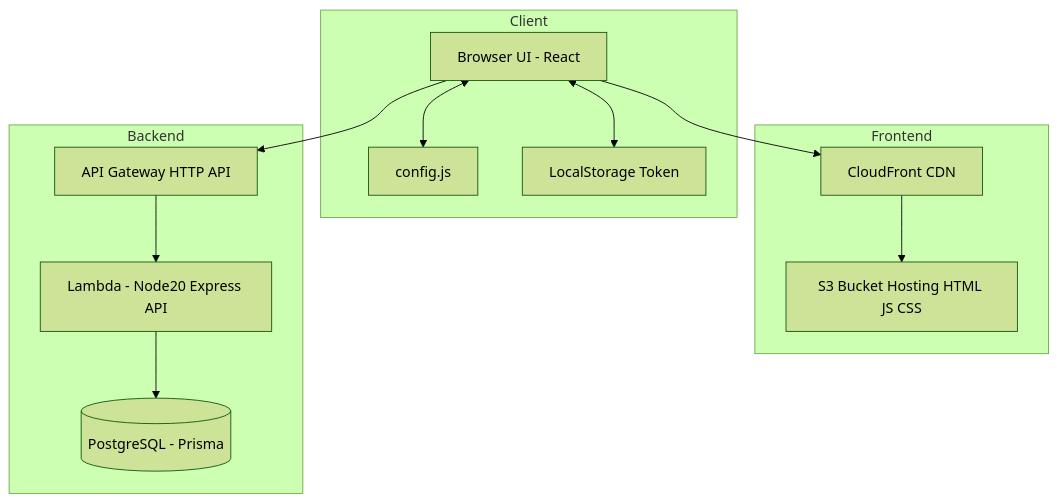
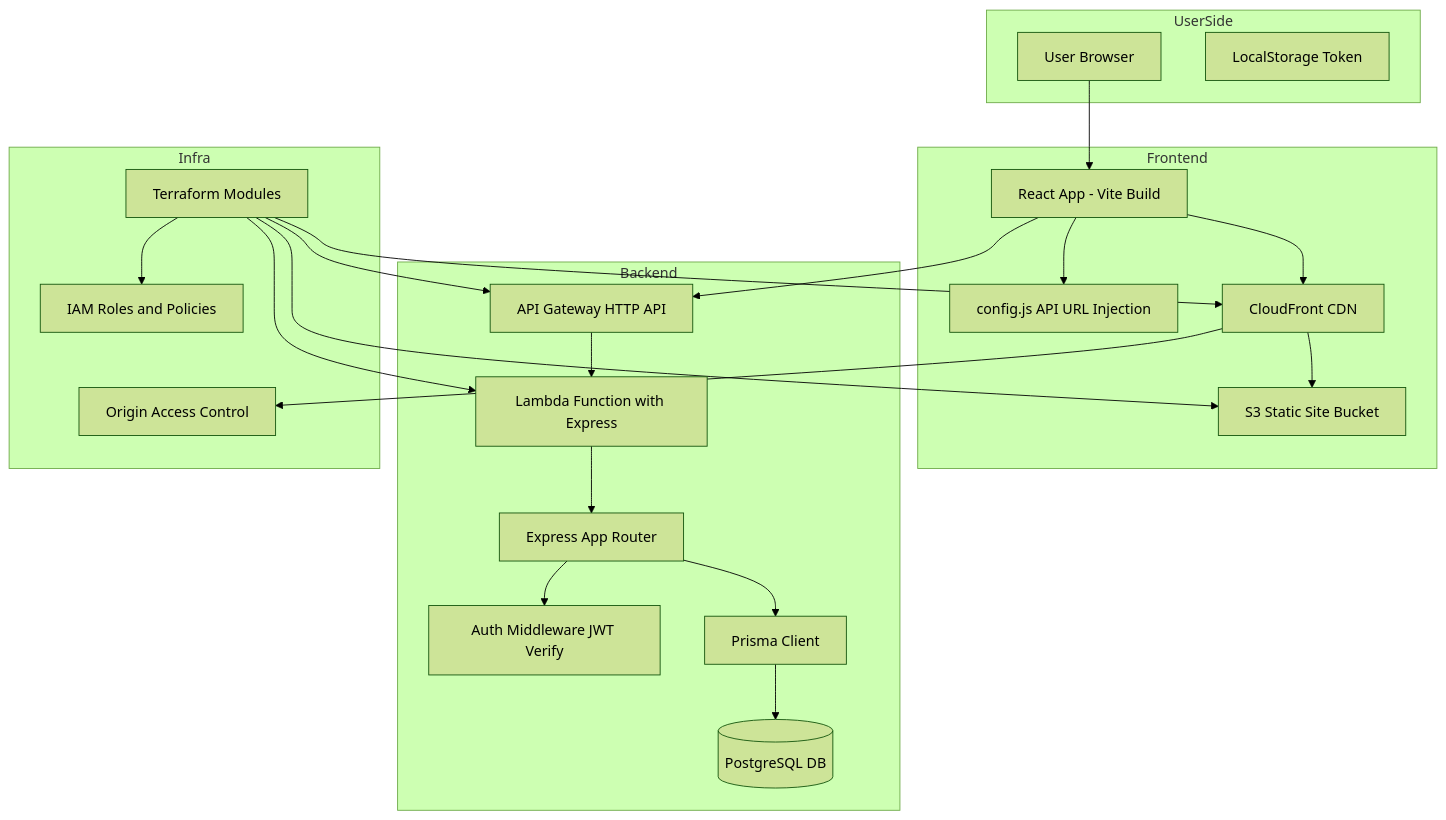
Before and after one commit to MrCh0p808/StatWoX: the first of 3 diagrams in README.md, drawn with Mermaid (forest theme). The commit also changed other lines of this file, not shown here.

````diff
--- a/README.md
+++ b/README.md
@@ -50,24 +78,47 @@
 ```mermaid
 flowchart TD
 
-    subgraph Client
-        A[Browser UI - React]<-->B[config.js]
-        A<-->C[LocalStorage Token]
+    subgraph UserSide
+        U[User Browser]
+        LS[LocalStorage Token]
     end
 
     subgraph Frontend
-        F[S3 Bucket Hosting HTML JS CSS]
-        CF[CloudFront CDN]
+        FE[React App - Vite Build]
+        CFG[config.js API URL Injection]
+        CDN[CloudFront CDN]
+        S3[S3 Static Site Bucket]
     end
 
     subgraph Backend
-        L[Lambda - Node20 Express API]
-        G[API Gateway HTTP API]
-        DB[(PostgreSQL - Prisma)]
+        APIGW[API Gateway HTTP API]
+        LAMBDA[Lambda Function with Express]
+        EXPRESS[Express App Router]
+        AUTHMW[Auth Middleware JWT Verify]
+        PRISMA[Prisma Client]
+        POSTGRES[(PostgreSQL DB)]
     end
 
-    A --> CF --> F
-    A --> G
-    G --> L
-    L --> DB
+    subgraph Infra
+        TF[Terraform Modules]
+        IAM[IAM Roles and Policies]
+        OAC[Origin Access Control]
+    end
+
+    U --> FE
+    FE --> CFG
+    FE --> CDN --> S3
+    FE --> APIGW
+    APIGW --> LAMBDA
+    LAMBDA --> EXPRESS
+    EXPRESS --> AUTHMW
+    EXPRESS --> PRISMA
+    PRISMA --> POSTGRES
+
+    TF --> APIGW
+    TF --> LAMBDA
+    TF --> S3
+    TF --> CDN
+    TF --> IAM
+    CDN --> OAC
 ```
````
